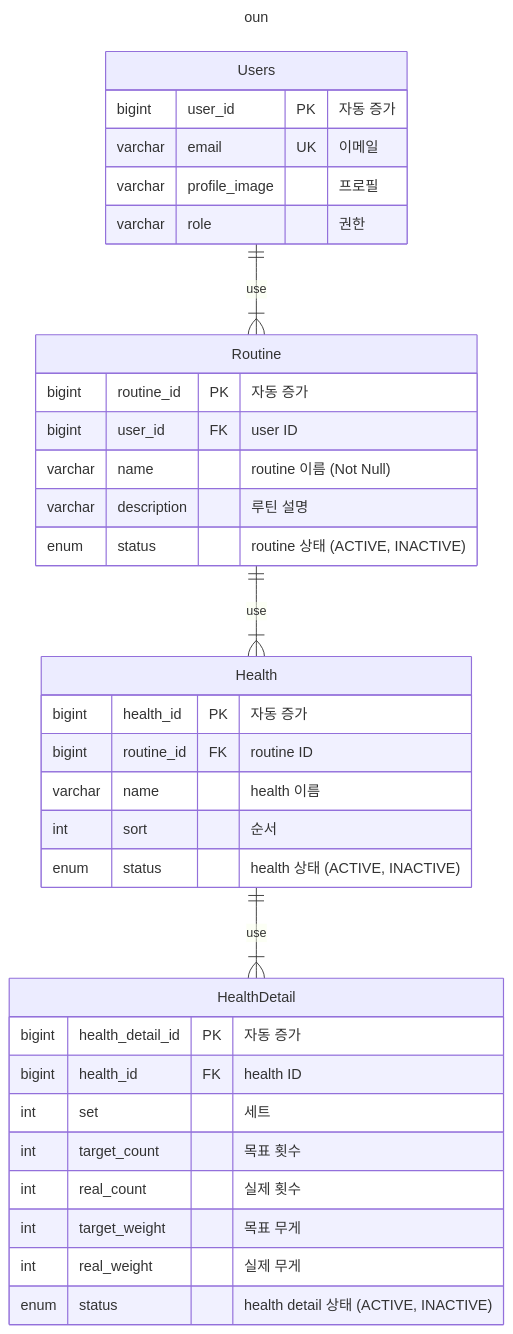
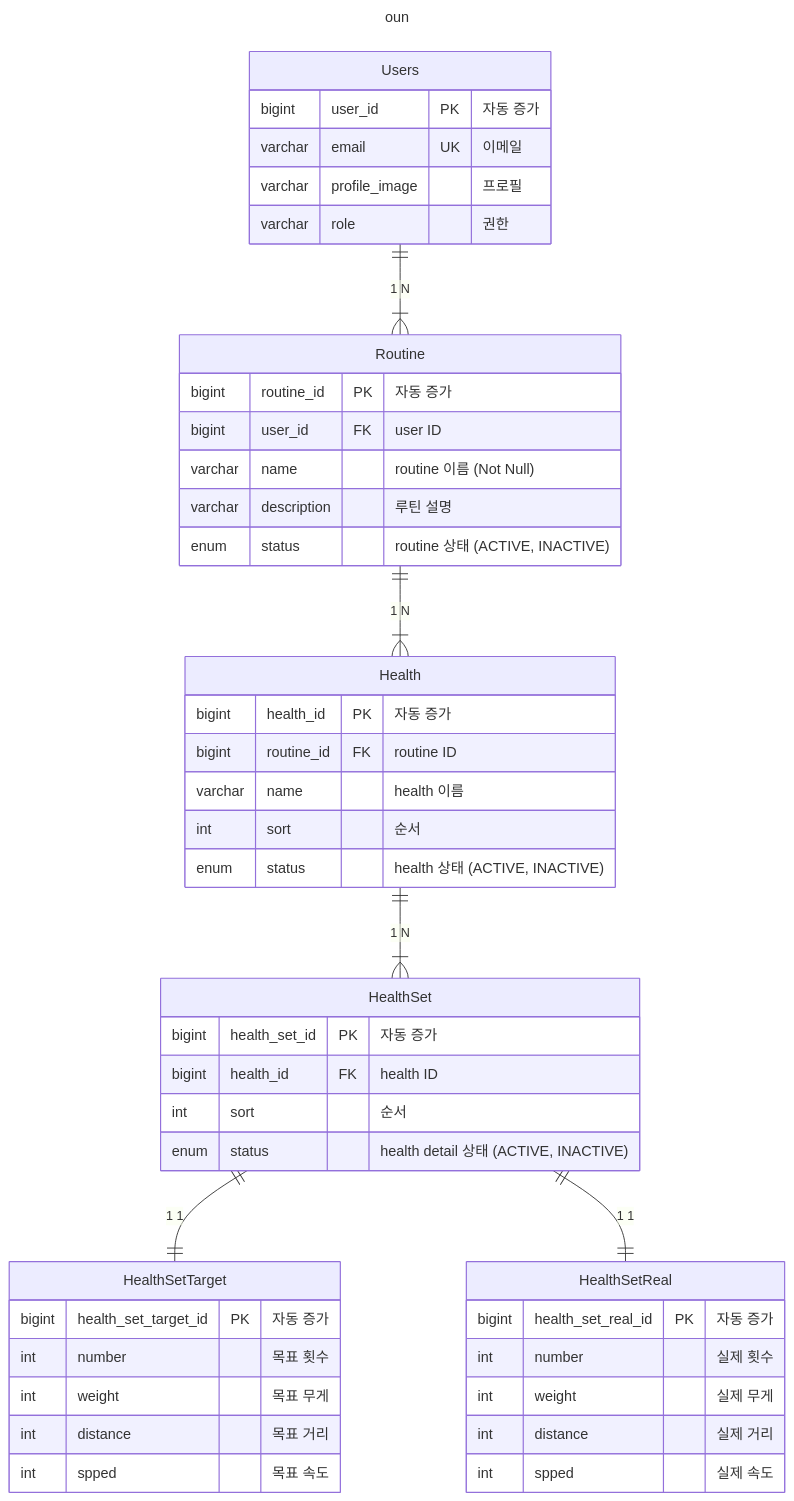
The diagram in README.md (juno-choi/simol), drawn with Mermaid before and after one commit.

Commit message:
chore: erd 수정

````diff
--- a/README.md
+++ b/README.md
@@ -20,45 +20,59 @@
 ```mermaid
 ---
 title: oun
 ---
 
 erDiagram
 
     Users {
         bigint user_id PK "자동 증가"
         varchar email UK "이메일"
         varchar profile_image "프로필"
         varchar role "권한"
     }
     
     Routine {
         bigint routine_id PK "자동 증가"
         bigint user_id FK "user ID"
         varchar name "routine 이름 (Not Null)"
         varchar description "루틴 설명"
         enum status "routine 상태 (ACTIVE, INACTIVE)"
     }
     
     Health {
         bigint health_id PK "자동 증가"
         bigint routine_id FK "routine ID"
         varchar name "health 이름"
         int sort "순서"
         enum status "health 상태 (ACTIVE, INACTIVE)"
     }
 
-    HealthDetail {
-        bigint health_detail_id PK "자동 증가"
+    HealthSet {
+        bigint health_set_id PK "자동 증가"
         bigint health_id FK "health ID"
-        int set "세트"
-        int target_count "목표 횟수"
-        int real_count "실제 횟수"
-        int target_weight "목표 무게"
-        int real_weight "실제 무게"
+        int sort "순서"
         enum status "health detail 상태 (ACTIVE, INACTIVE)"
     }
 
-    Users ||--|{ Routine : "use"
-    Routine ||--|{ Health : "use"
-    Health ||--|{ HealthDetail : "use"
+    HealthSetTarget {
+        bigint health_set_target_id PK "자동 증가"
+        int number "목표 횟수"
+        int weight "목표 무게"
+        int distance "목표 거리"
+        int spped "목표 속도"
+    }
+
+    HealthSetReal {
+        bigint health_set_real_id PK "자동 증가"
+        int number "실제 횟수"
+        int weight "실제 무게"
+        int distance "실제 거리"
+        int spped "실제 속도"
+    }
+    
+    Users ||--|{ Routine : "1 N"
+    Routine ||--|{ Health : "1 N"
+    Health ||--|{ HealthSet : "1 N"
+    HealthSet ||--|| HealthSetTarget : "1 1"
+    HealthSet ||--|| HealthSetReal : "1 1"
 ```
````
